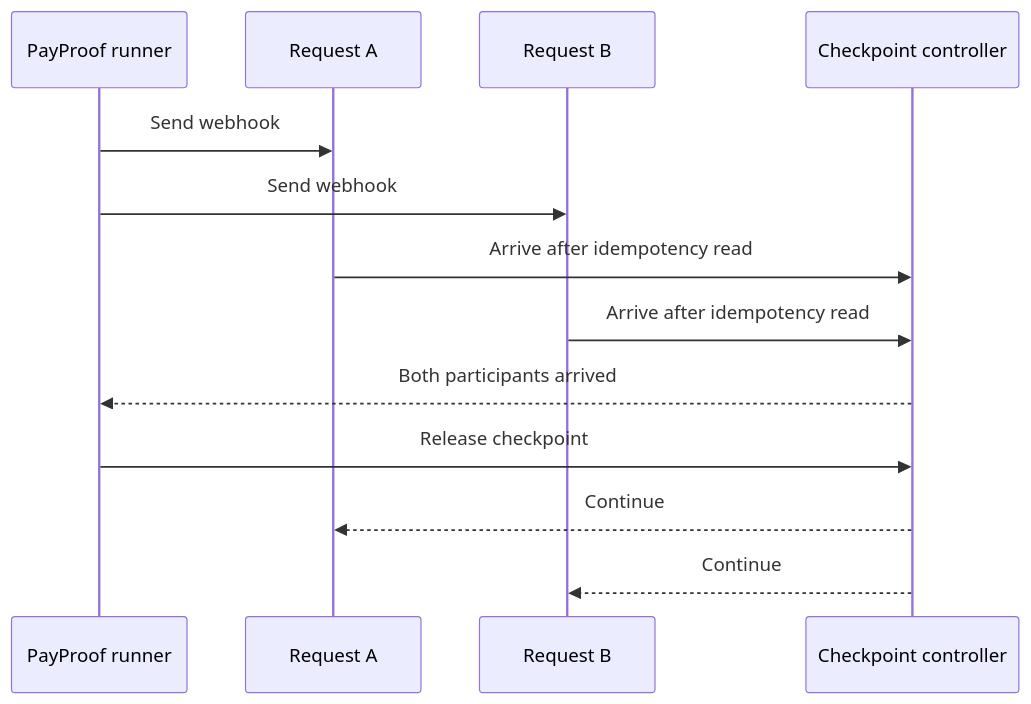
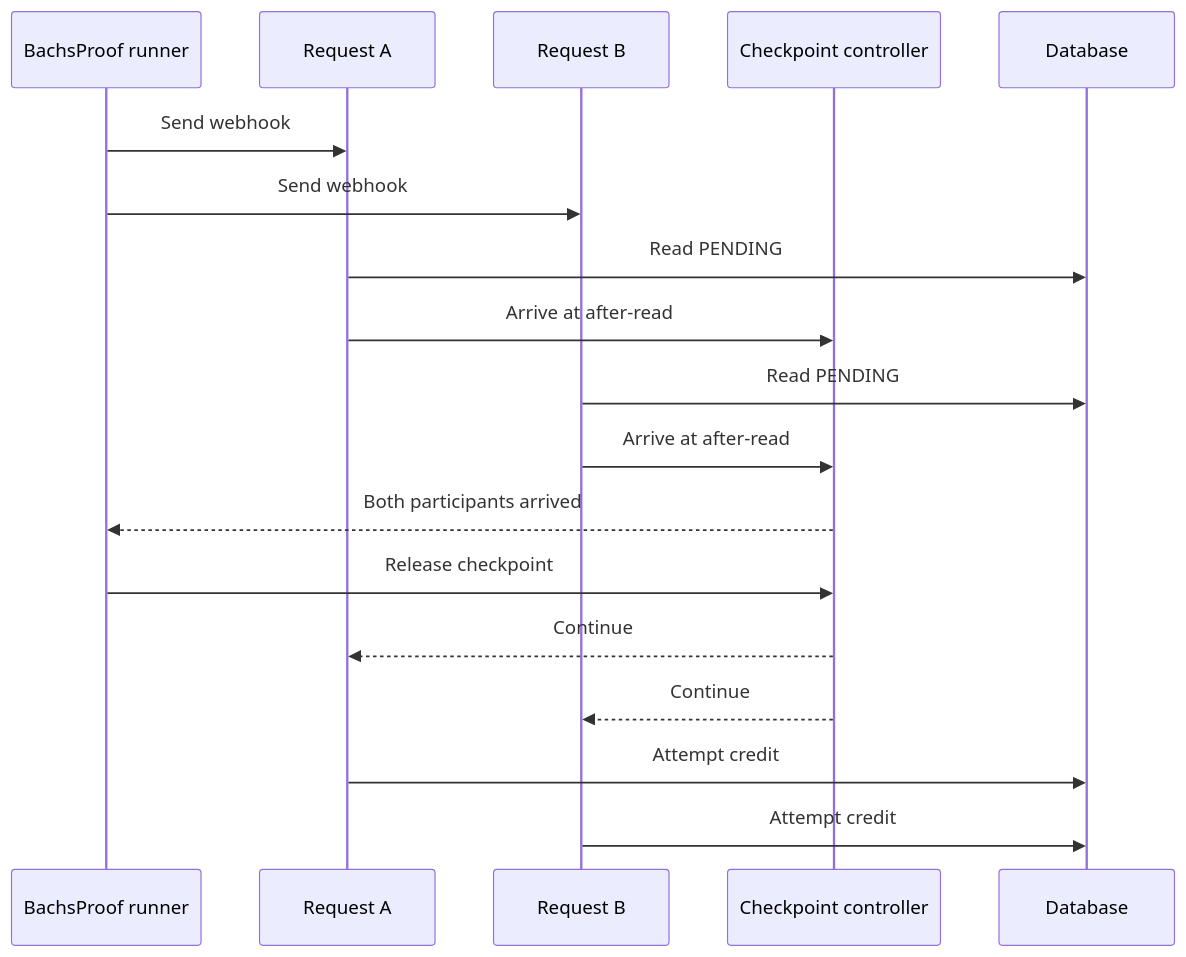
One commit to therealEmma/BachsProof changed the second of 2 diagrams in docs/advanced/controlled-concurrency.mdx. Above: the diagram before and after it, drawn with Mermaid. The commit also changed other lines of this file and 180 other files, not shown here.

````diff
--- a/docs/advanced/controlled-concurrency.mdx
+++ b/docs/advanced/controlled-concurrency.mdx
@@ -10,16 +35,20 @@
 ```mermaid
 sequenceDiagram
-  participant Core as PayProof runner
+  participant Core as BachsProof runner
   participant A as Request A
   participant B as Request B
   participant C as Checkpoint controller
-
+  participant DB as Database
   Core->>A: Send webhook
   Core->>B: Send webhook
-  A->>C: Arrive after idempotency read
-  B->>C: Arrive after idempotency read
+  A->>DB: Read PENDING
+  A->>C: Arrive at after-read
+  B->>DB: Read PENDING
+  B->>C: Arrive at after-read
   C-->>Core: Both participants arrived
   Core->>C: Release checkpoint
   C-->>A: Continue
   C-->>B: Continue
+  A->>DB: Attempt credit
+  B->>DB: Attempt credit
 ```
````
